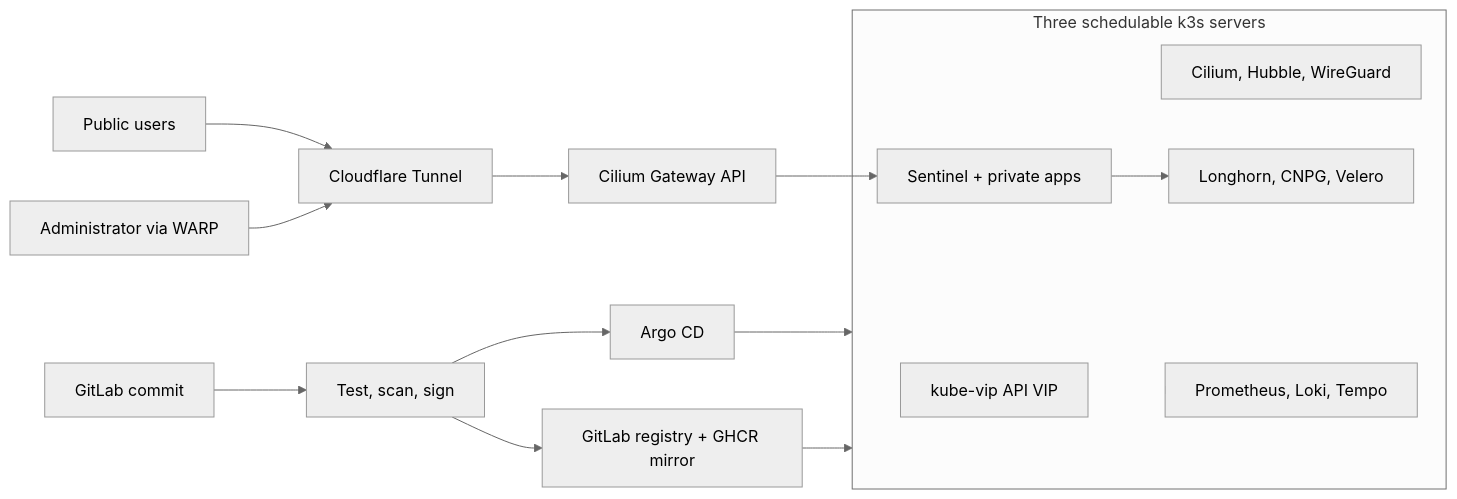
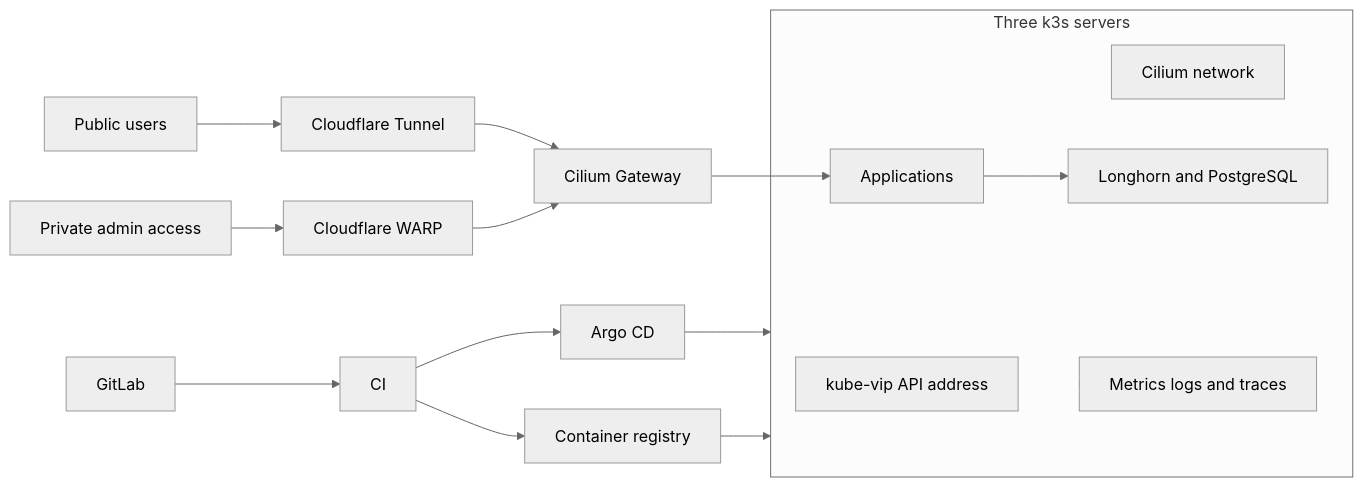
The diagram in README.md (AnouarMohamed/k3s-homelab), drawn with Mermaid (neutral theme) before and after one commit. The commit also changed other lines of this file and 99 other files, not shown here.

````diff
--- a/README.md
+++ b/README.md
@@ -12,21 +8,21 @@
 ```mermaid
 flowchart LR
-  Commit[GitLab commit] --> CI[Test, scan, sign]
-  CI --> Registry[GitLab registry + GHCR mirror]
+  Git[GitLab] --> CI[CI]
+  CI --> Images[Container registry]
   CI --> Argo[Argo CD]
-  Public[Public users] --> CF[Cloudflare Tunnel]
-  Admin[Administrator via WARP] --> CF
-  CF --> Gateway[Cilium Gateway API]
+  Users[Public users] --> Tunnel[Cloudflare Tunnel]
+  Admin[Private admin access] --> WARP[Cloudflare WARP]
+  Tunnel --> Gateway[Cilium Gateway]
+  WARP --> Gateway
   Argo --> Cluster
-  Registry --> Cluster
-  subgraph Cluster[Three schedulable k3s servers]
-    VIP[kube-vip API VIP]
-    Network[Cilium, Hubble, WireGuard]
-    Data[Longhorn, CNPG, Velero]
-    Signals[Prometheus, Loki, Tempo]
-    Apps[Sentinel + private apps]
+  Images --> Cluster
+  subgraph Cluster[Three k3s servers]
+    API[kube-vip API address]
+    Network[Cilium network]
+    Data[Longhorn and PostgreSQL]
+    Signals[Metrics logs and traces]
+    Apps[Applications]
   end
   Gateway --> Apps
-  Apps --> Data
-  Cluster --> Signals
+  Apps --> Data; Cluster --> Signals
 ```
````
